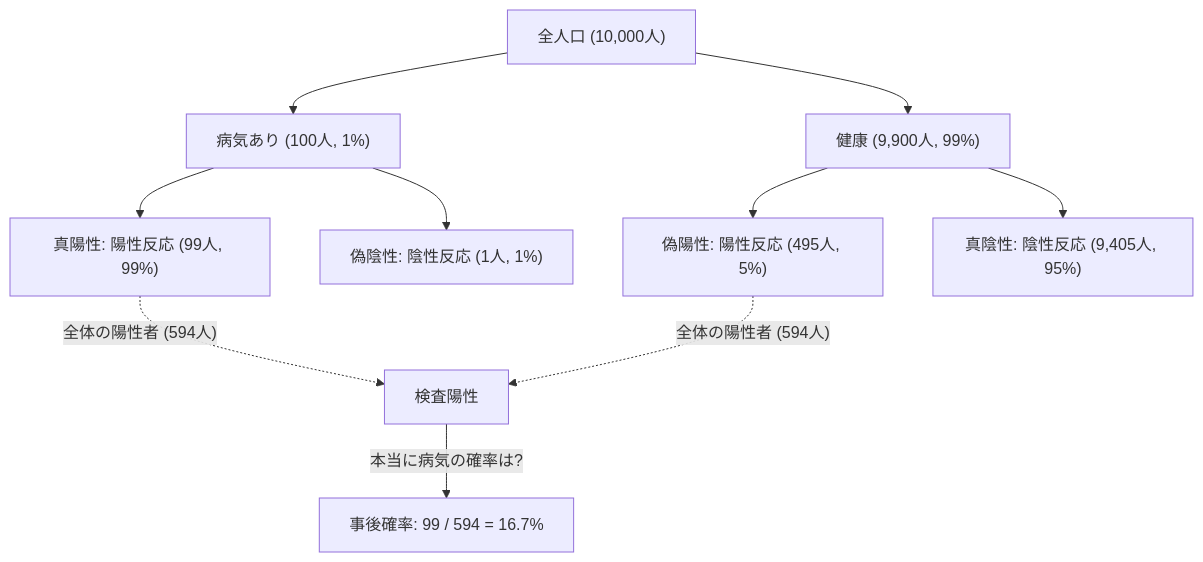
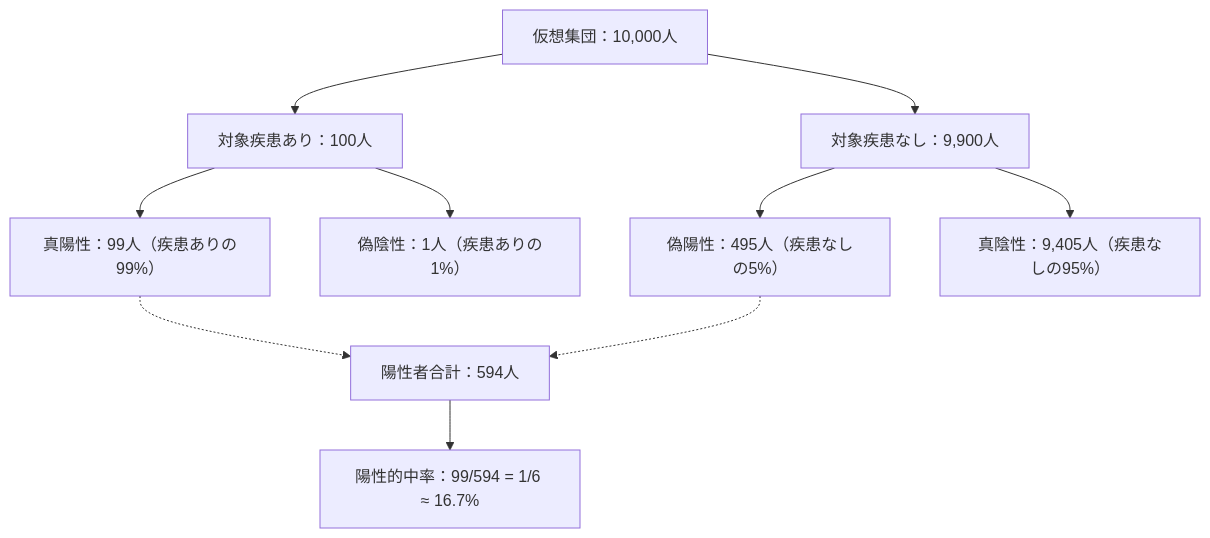
One commit to kenjinote/blog changed the first of 2 diagrams in content/post/bayes-theorem/index.md. Above: the diagram before and after it, drawn with Mermaid. The commit also changed other lines of this file and 10 other files, not shown here.

````diff
--- a/content/post/bayes-theorem/index.md
+++ b/content/post/bayes-theorem/index.md
@@ -84,16 +115,12 @@
 ```mermaid
 flowchart TD
-    Population["全人口 (10,000人)"] --> Disease["病気あり (100人, 1%)"]
-    Population --> Healthy["健康 (9,900人, 99%)"]
-    
-    Disease --> TruePositive["真陽性: 陽性反応 (99人, 99%)"]
-    Disease --> FalseNegative["偽陰性: 陰性反応 (1人, 1%)"]
-    
-    Healthy --> FalsePositive["偽陽性: 陽性反応 (495人, 5%)"]
-    Healthy --> TrueNegative["真陰性: 陰性反応 (9,405人, 95%)"]
-
-    TruePositive -.->|"全体の陽性者 (594人)"| AllPositives["検査陽性"]
-    FalsePositive -.->|"全体の陽性者 (594人)"| AllPositives
-    
-    AllPositives -->|"本当に病気の確率は?"| Posterior["事後確率: 99 / 594 = 16.7%"]
+    Population["仮想集団：10,000人"] --> Disease["対象疾患あり：100人"]
+    Population --> NoDisease["対象疾患なし：9,900人"]
+    Disease --> TP["真陽性：99人（疾患ありの99%）"]
+    Disease --> FN["偽陰性：1人（疾患ありの1%）"]
+    NoDisease --> FP["偽陽性：495人（疾患なしの5%）"]
+    NoDisease --> TN["真陰性：9,405人（疾患なしの95%）"]
+    TP -.-> AllPositive["陽性者合計：594人"]
+    FP -.-> AllPositive
+    AllPositive --> PPV["陽性的中率：99/594 = 1/6 ≈ 16.7%"]
 ```
````
